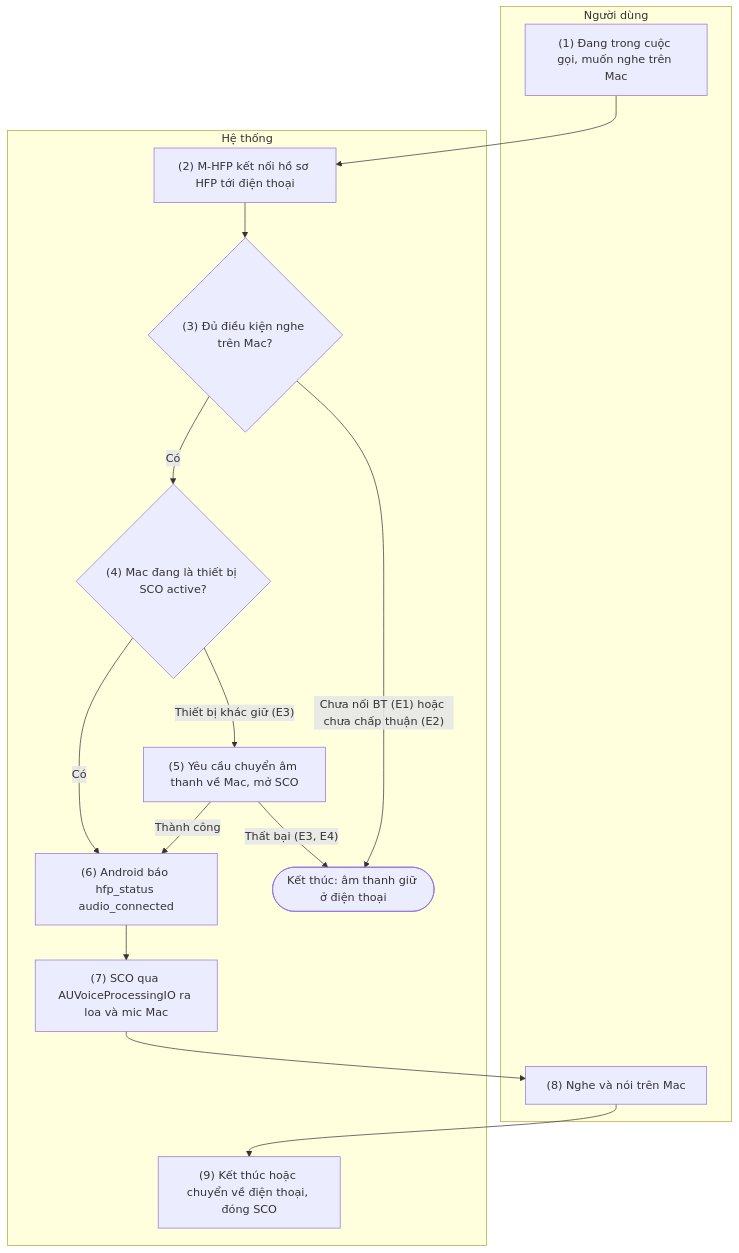
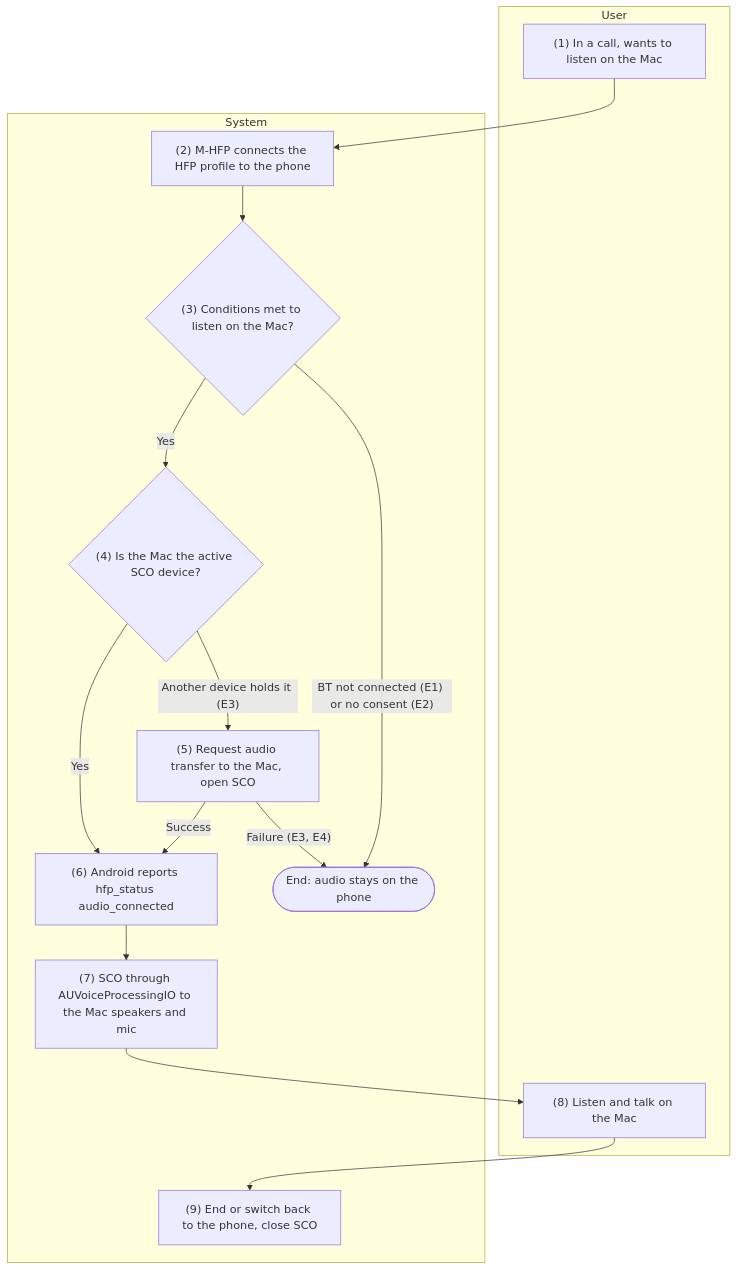
One commit to HandLive/handlive changed the second of 4 diagrams in docs/detailed-design/07-call-audio.md. Above: the diagram before and after it, drawn with Mermaid. The commit also changed other lines of this file and 1 other file, not shown here.

Commit message:
docs: translate docs/detailed-design/07-call-audio.md into English

````diff
--- a/docs/detailed-design/07-call-audio.md
+++ b/docs/detailed-design/07-call-audio.md
@@ -350,25 +358,25 @@
 ```mermaid
 flowchart TB
-  subgraph ND["Người dùng"]
-    U1["(1) Đang trong cuộc gọi, muốn nghe trên Mac"]
-    U8["(8) Nghe và nói trên Mac"]
+  subgraph ND["User"]
+    U1["(1) In a call, wants to listen on the Mac"]
+    U8["(8) Listen and talk on the Mac"]
   end
-  subgraph HT["Hệ thống"]
-    S2["(2) M-HFP kết nối hồ sơ HFP tới điện thoại"]
-    D3{"(3) Đủ điều kiện nghe trên Mac?"}
-    D4{"(4) Mac đang là thiết bị SCO active?"}
-    S5["(5) Yêu cầu chuyển âm thanh về Mac, mở SCO"]
-    S6["(6) Android báo hfp_status audio_connected"]
-    S7["(7) SCO qua AUVoiceProcessingIO ra loa và mic Mac"]
-    S9["(9) Kết thúc hoặc chuyển về điện thoại, đóng SCO"]
-    X1(["Kết thúc: âm thanh giữ ở điện thoại"])
+  subgraph HT["System"]
+    S2["(2) M-HFP connects the HFP profile to the phone"]
+    D3{"(3) Conditions met to listen on the Mac?"}
+    D4{"(4) Is the Mac the active SCO device?"}
+    S5["(5) Request audio transfer to the Mac, open SCO"]
+    S6["(6) Android reports hfp_status audio_connected"]
+    S7["(7) SCO through AUVoiceProcessingIO to the Mac speakers and mic"]
+    S9["(9) End or switch back to the phone, close SCO"]
+    X1(["End: audio stays on the phone"])
   end
   U1 --> S2 --> D3
-  D3 -- "Có" --> D4
-  D3 -- "Chưa nối BT (E1) hoặc chưa chấp thuận (E2)" --> X1
-  D4 -- "Có" --> S6
-  D4 -- "Thiết bị khác giữ (E3)" --> S5
-  S5 -- "Thành công" --> S6
-  S5 -- "Thất bại (E3, E4)" --> X1
+  D3 -- "Yes" --> D4
+  D3 -- "BT not connected (E1) or no consent (E2)" --> X1
+  D4 -- "Yes" --> S6
+  D4 -- "Another device holds it (E3)" --> S5
+  S5 -- "Success" --> S6
+  S5 -- "Failure (E3, E4)" --> X1
   S6 --> S7 --> U8 --> S9
 ```
````
